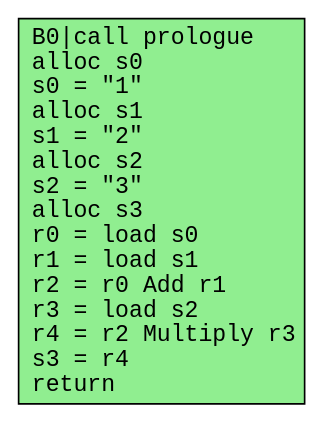
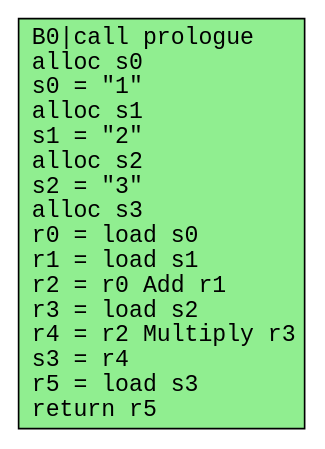
Before and after one commit to safarislava/ProcTranslator: the diagram in output/calc.dot, drawn with Graphviz. The commit also changed 12 other files, not shown here.

```diff
--- a/output/calc.dot
+++ b/output/calc.dot
@@ -1,8 +1,8 @@
 digraph CFG {
   rankdir=TB;
   node [shape=box, fontname="Courier"];
   edge [fontname="Courier"];
 
-  B0 [label="B0|call prologue\lalloc s0\ls0 = \"1\"\lalloc s1\ls1 = \"2\"\lalloc s2\ls2 = \"3\"\lalloc s3\lr0 = load s0\lr1 = load s1\lr2 = r0 Add r1\lr3 = load s2\lr4 = r2 Multiply r3\ls3 = r4\lreturn\l"];
+  B0 [label="B0|call prologue\lalloc s0\ls0 = \"1\"\lalloc s1\ls1 = \"2\"\lalloc s2\ls2 = \"3\"\lalloc s3\lr0 = load s0\lr1 = load s1\lr2 = r0 Add r1\lr3 = load s2\lr4 = r2 Multiply r3\ls3 = r4\lr5 = load s3\lreturn r5\l"];
   B0 [style=filled, fillcolor=lightgreen];
 }
```
